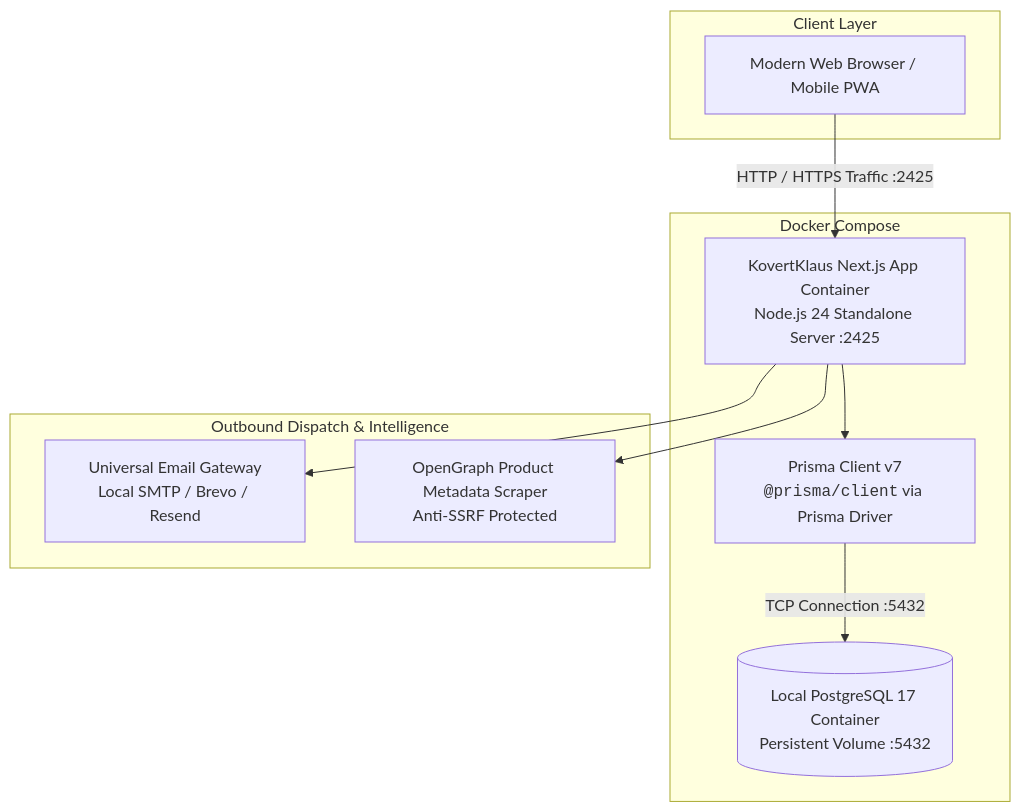
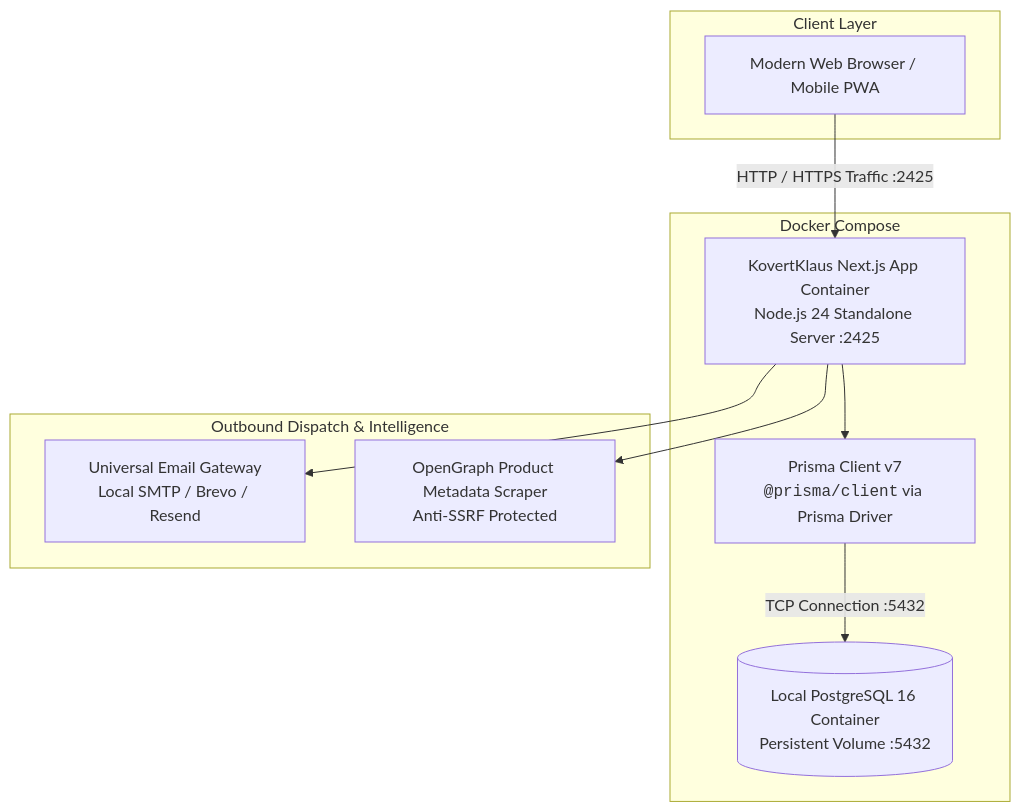
One commit to MrJSimpson/KovertKlaus changed the first of 3 diagrams in docs/ARCHITECTURE.md. Above: the diagram before and after it, drawn with Mermaid. The commit also changed other lines of this file and 7 other files, not shown here.

````diff
--- a/docs/ARCHITECTURE.md
+++ b/docs/ARCHITECTURE.md
@@ -13,23 +13,23 @@
 ```mermaid
 flowchart TD
     subgraph Client Layer
         Browser[Modern Web Browser / Mobile PWA]
     end
 
     subgraph Self-Hosted Container Stack [Docker Compose]
         App_Container[KovertKlaus Next.js App Container<br/>Node.js 24 Standalone Server :2425]
-        DB_Container[(Local PostgreSQL 17 Container<br/>Persistent Volume :5432)]
+        DB_Container[(Local PostgreSQL 16 Container<br/>Persistent Volume :5432)]
         Prisma_ORM[Prisma Client v7<br/><code>@prisma/client</code> via Prisma Driver]
     end
 
     subgraph Outbound Dispatch & Intelligence
         Email_Gateway[Universal Email Gateway<br/>Local SMTP / Brevo / Resend]
         Scraper_Engine[OpenGraph Product Metadata Scraper<br/>Anti-SSRF Protected]
     end
 
     Browser -->|HTTP / HTTPS Traffic :2425| App_Container
     App_Container --> Prisma_ORM
     Prisma_ORM -->|TCP Connection :5432| DB_Container
     App_Container --> Email_Gateway
     App_Container --> Scraper_Engine
 ```
````
